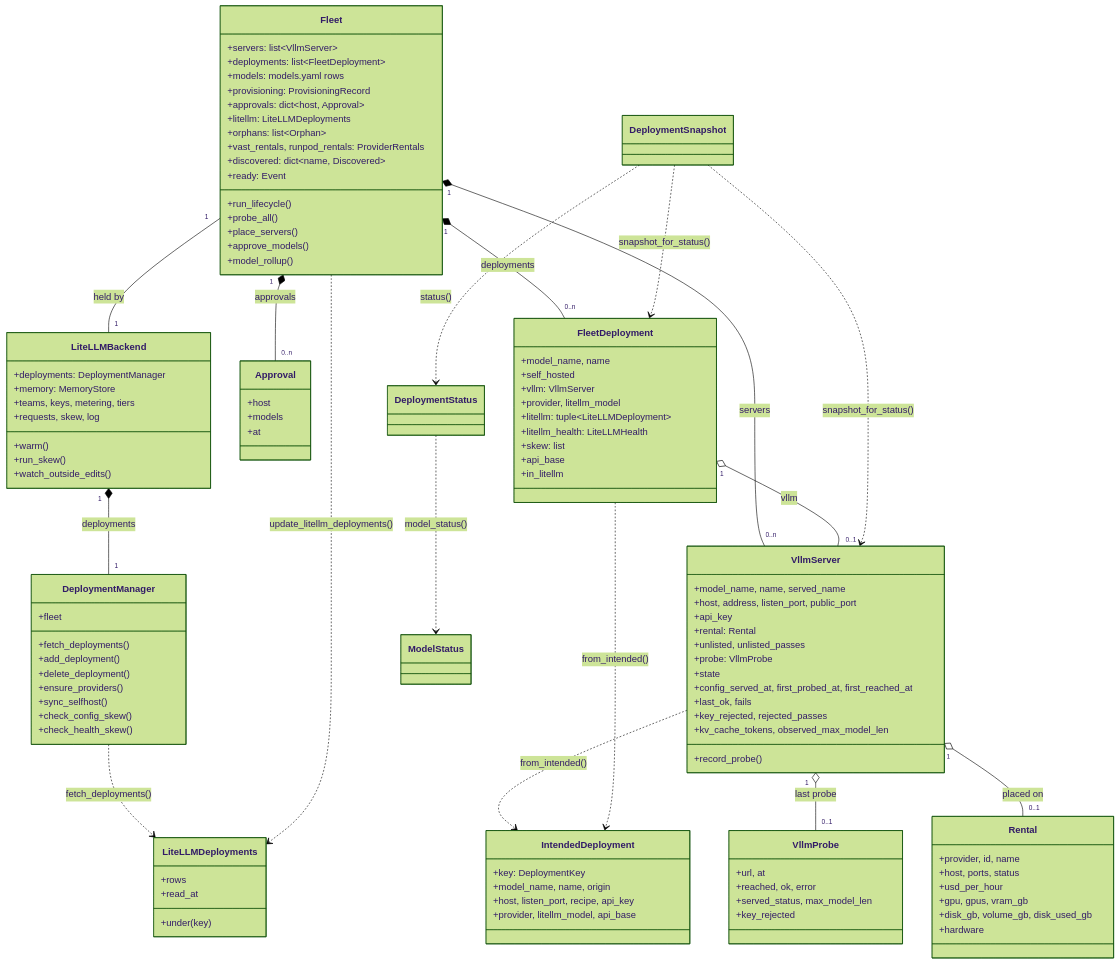
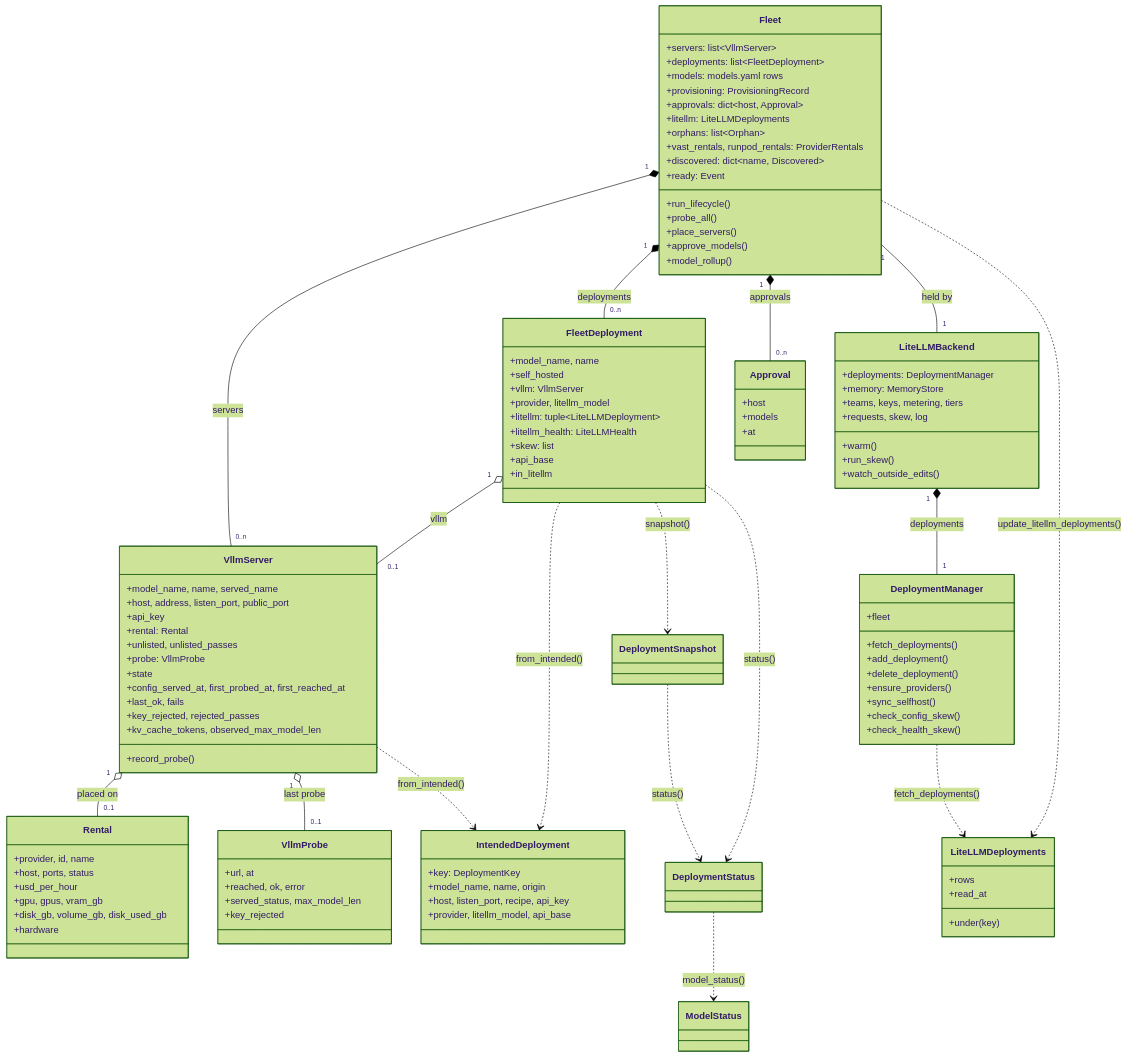
The third of 4 diagrams in docs/ARCHITECTURE.md (apache/tooling-llmao), drawn with Mermaid (forest theme) before and after one commit. The commit also changed other lines of this file and 4 other files, not shown here.

First line of the commit message:
fleet: a deployment snapshots and names itself

````diff
--- a/docs/ARCHITECTURE.md
+++ b/docs/ARCHITECTURE.md
@@ -616,8 +616,8 @@
   LiteLLMBackend "1" *-- "1" DeploymentManager : deployments
   DeploymentManager ..> LiteLLMDeployments : fetch_deployments()
   Fleet ..> LiteLLMDeployments : update_litellm_deployments()
-  DeploymentSnapshot ..> FleetDeployment : snapshot_for_status()
-  DeploymentSnapshot ..> VllmServer : snapshot_for_status()
+  FleetDeployment ..> DeploymentSnapshot : snapshot()
+  FleetDeployment ..> DeploymentStatus : status()
   DeploymentSnapshot ..> DeploymentStatus : status()
   DeploymentStatus ..> ModelStatus : model_status()
 ```
````
